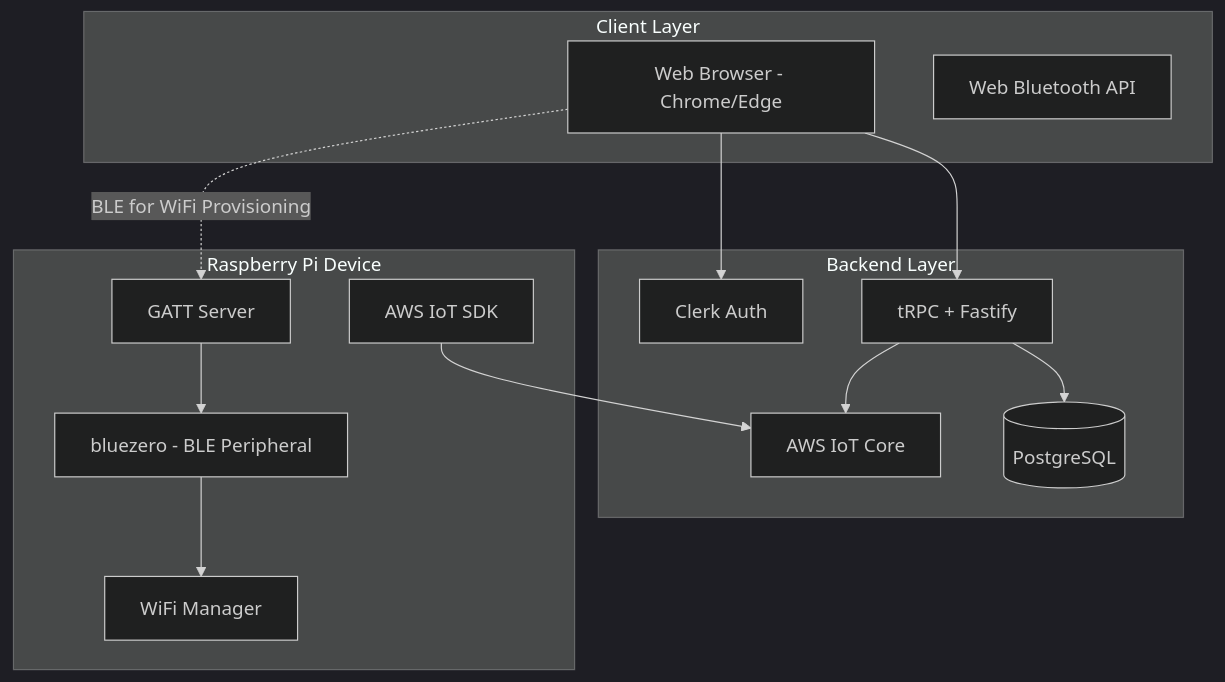
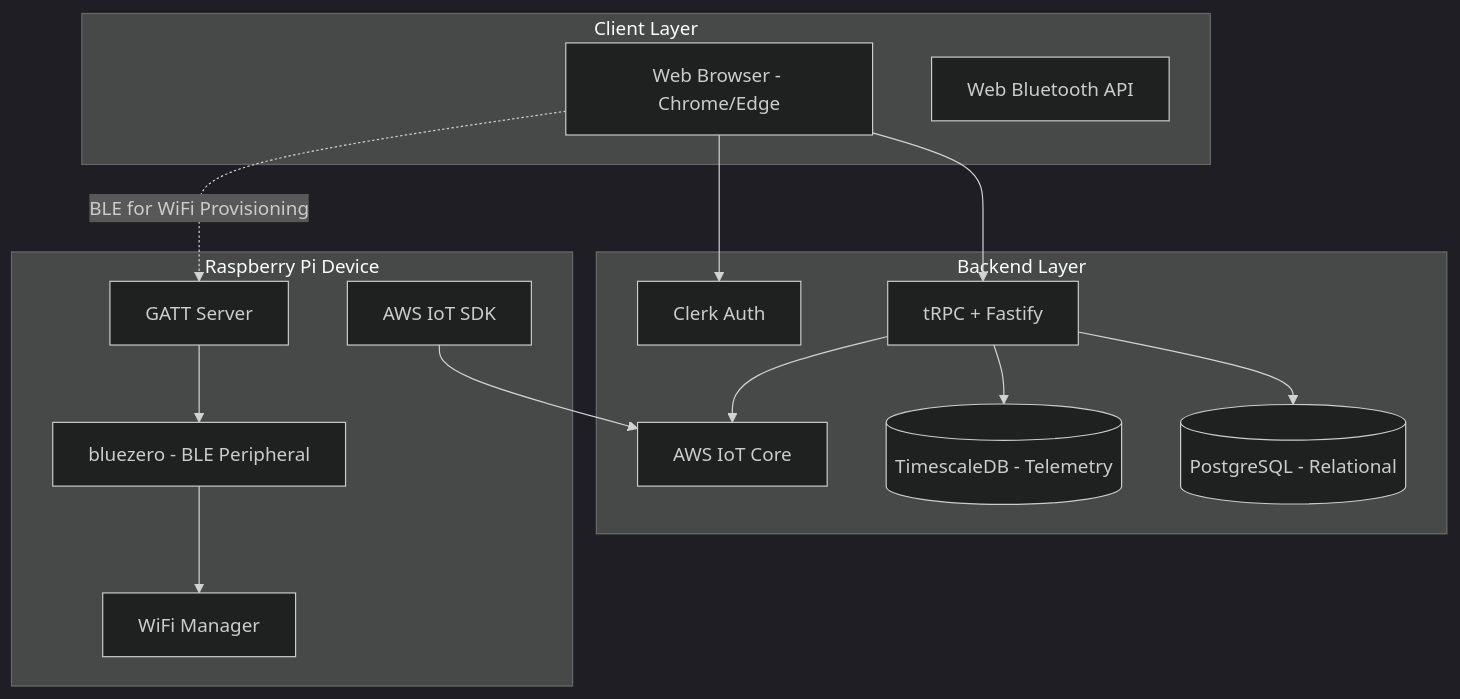
Before and after one commit to newrootedgit/Rooted-Web-App: the first of 3 diagrams in docs/machine-iot/ARCH.md, drawn with Mermaid (dark theme). The commit also changed other lines of this file and 4 other files, not shown here.

First line of the commit message:
docs: update README and architecture docs to reflect database split

````diff
--- a/docs/machine-iot/ARCH.md
+++ b/docs/machine-iot/ARCH.md
@@ -7,30 +7,32 @@
 ```mermaid
 graph TB
     subgraph "Client Layer"
         BROWSER[Web Browser - Chrome/Edge]
         WEBBLE[Web Bluetooth API]
     end
     
     subgraph "Backend Layer"
         tRPC[tRPC + Fastify]
         CLERK[Clerk Auth]
-        DB[(PostgreSQL)]
+        DB[(PostgreSQL - Relational)]
+        TIMESCALE[(TimescaleDB - Telemetry)]
         IOT[AWS IoT Core]
     end
     
     subgraph "Raspberry Pi Device"
         BLUEZERO[bluezero - BLE Peripheral]
         GATT[GATT Server]
         WIFI[WiFi Manager]
         IOTCLIENT[AWS IoT SDK]
     end
     
     BROWSER --> tRPC
     BROWSER --> CLERK
     BROWSER -.BLE for WiFi Provisioning.-> GATT
     tRPC --> DB
+    tRPC --> TIMESCALE
     tRPC --> IOT
     GATT --> BLUEZERO
     BLUEZERO --> WIFI
     IOTCLIENT --> IOT
 ```
````
